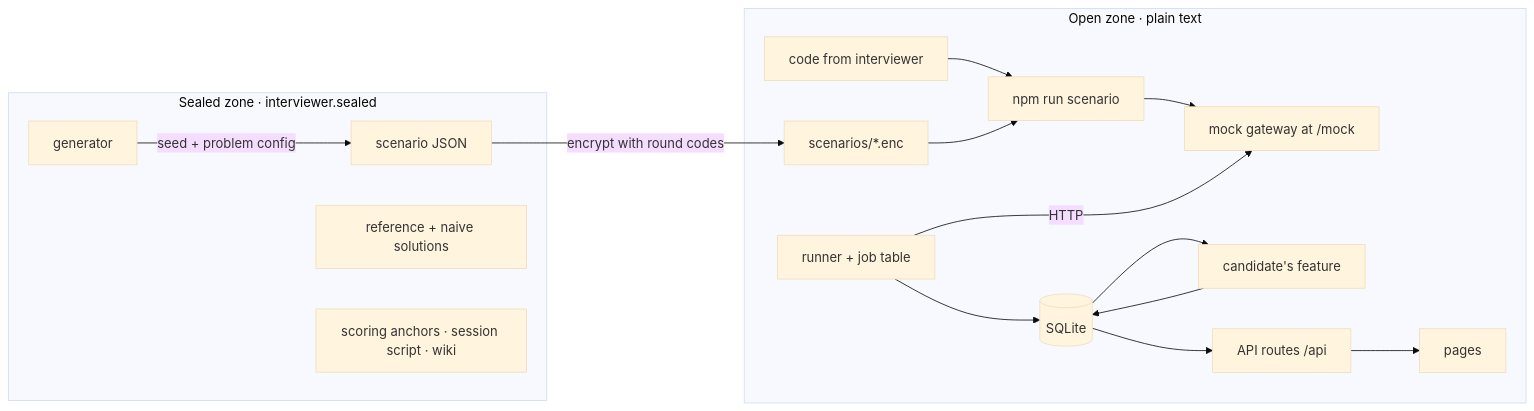
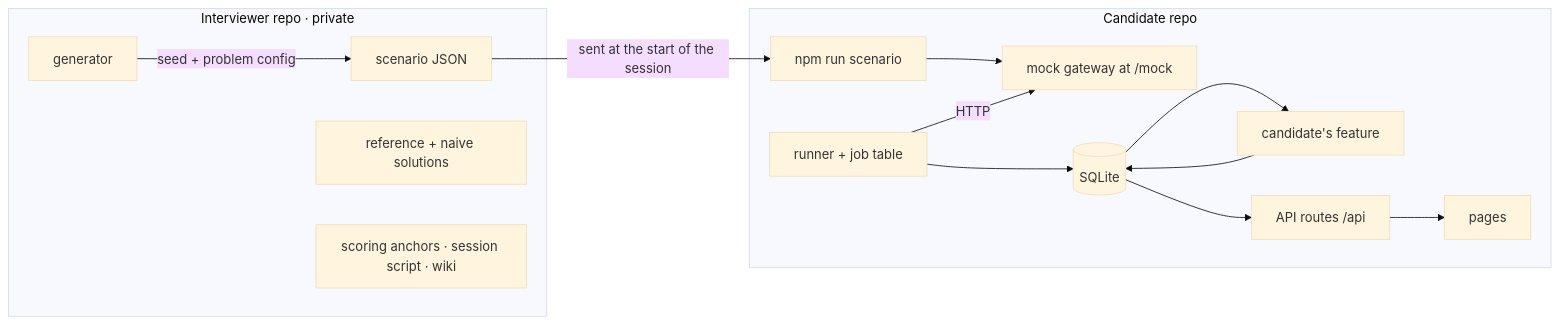
One commit to collect-intel/technical-feature-interview changed the diagram in docs/TDD.md. Above: the diagram before and after it, drawn with Mermaid (base theme). The commit also changed other lines of this file and 38 other files, not shown here.

First line of the commit message:
Move interviewer material to its own private repo

````diff
--- a/docs/TDD.md
+++ b/docs/TDD.md
@@ -60,18 +60,17 @@
 ```mermaid
 flowchart LR
-    subgraph sealed[Sealed zone · interviewer.sealed]
+    subgraph private[Interviewer repo · private]
         gen[generator] -- seed + problem config --> scen[scenario JSON]
         ref[reference + naive solutions]
         anchors[scoring anchors · session script · wiki]
     end
-    scen -- encrypt with round codes --> enc[scenarios/*.enc]
-    subgraph open[Open zone · plain text]
-        code[code from interviewer] --> dec[npm run scenario] --> mock[mock gateway at /mock]
-        enc --> dec
+    scen -- sent at the start of the session --> load
+    subgraph open[Candidate repo]
+        load[npm run scenario] --> mock[mock gateway at /mock]
         runner[runner + job table] -- HTTP --> mock
         runner --> db[(SQLite)]
         db --> feature[candidate's feature]
         feature --> db
         db --> api[API routes /api] --> ui[pages]
     end
 ```
````
